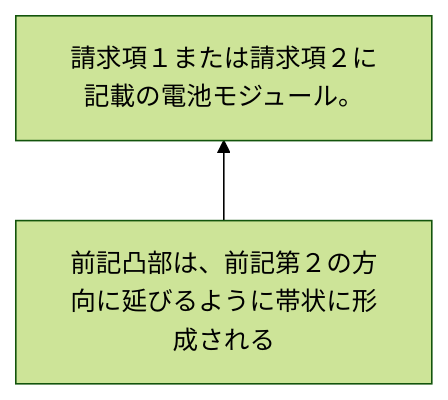
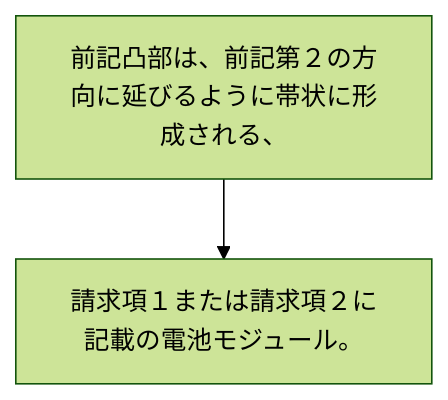
Before and after one commit to shinmori55/patent_analyzed: the diagram in 2024/JP2024039203A/claim_4/README.md, drawn with Mermaid (forest theme). The commit also changed 336 other files, not shown here.

````diff
--- a/2024/JP2024039203A/claim_4/README.md
+++ b/2024/JP2024039203A/claim_4/README.md
@@ -2,6 +2,6 @@
 ```mermaid
-flowchart BT
+flowchart TD
+A[前記凸部は、前記第２の方向に延びるように帯状に形成される、]
 B[請求項１または請求項２に記載の電池モジュール。]
-A[前記凸部は、前記第２の方向に延びるように帯状に形成される]
 A --> B
 ```
````
